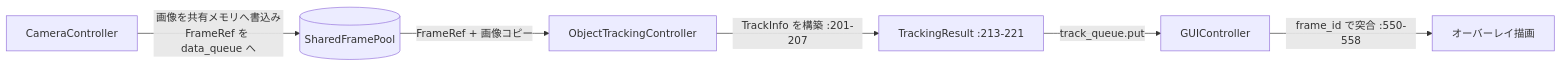
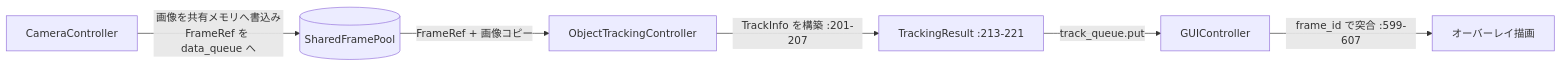
Before and after one commit to NobuoTsukamoto/multiprocess-object-tracker: the diagram in docs/specs/data-models/design.md, drawn with Mermaid. The commit also changed other lines of this file and 17 other files, not shown here.

````diff
--- a/docs/specs/data-models/design.md
+++ b/docs/specs/data-models/design.md
@@ -50,8 +53,8 @@
 ```mermaid
 flowchart LR
     Cam[CameraController] -->|画像を共有メモリへ書込み<br/>FrameRef を data_queue へ| Pool[(SharedFramePool)]
     Pool -->|FrameRef + 画像コピー| OT[ObjectTrackingController]
     OT -->|TrackInfo を構築 :201-207| TR[TrackingResult :213-221]
     TR -->|track_queue.put| GUI[GUIController]
-    GUI -->|frame_id で突合 :550-558| Render[オーバーレイ描画]
+    GUI -->|frame_id で突合 :599-607| Render[オーバーレイ描画]
 ```
````
